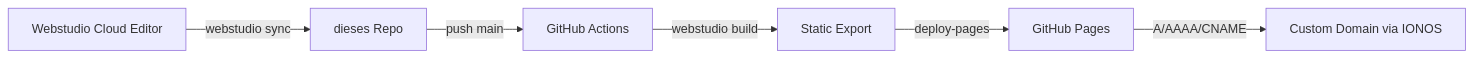
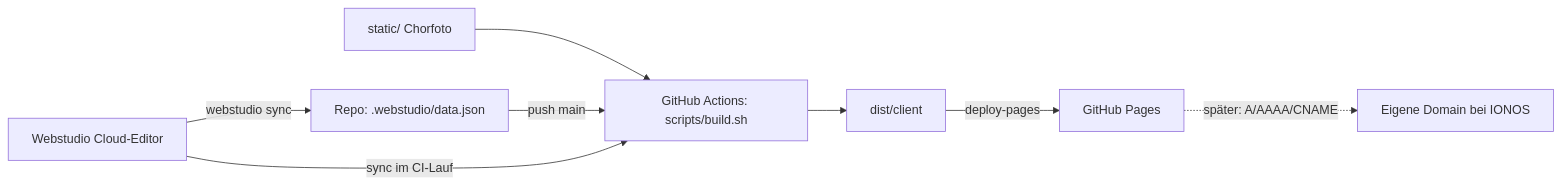
One commit to SkaldorHub/elua-website changed the diagram in README.md. Above: the diagram before and after it, drawn with Mermaid. The commit also changed other lines of this file and 11 other files, not shown here.

````diff
--- a/README.md
+++ b/README.md
@@ -7,8 +9,10 @@
 ```mermaid
 flowchart LR
-    A[Webstudio Cloud Editor] -->|webstudio sync| B[dieses Repo]
-    B -->|push main| C[GitHub Actions]
-    C -->|webstudio build| D[Static Export]
+    A[Webstudio Cloud-Editor] -->|webstudio sync| B[Repo: .webstudio/data.json]
+    S[static/ Chorfoto] --> C
+    B -->|push main| C[GitHub Actions: scripts/build.sh]
+    A -->|sync im CI-Lauf| C
+    C --> D[dist/client]
     D -->|deploy-pages| E[GitHub Pages]
-    E -->|A/AAAA/CNAME| F[Custom Domain via IONOS]
+    E -.->|später: A/AAAA/CNAME| F[Eigene Domain bei IONOS]
 ```
````
